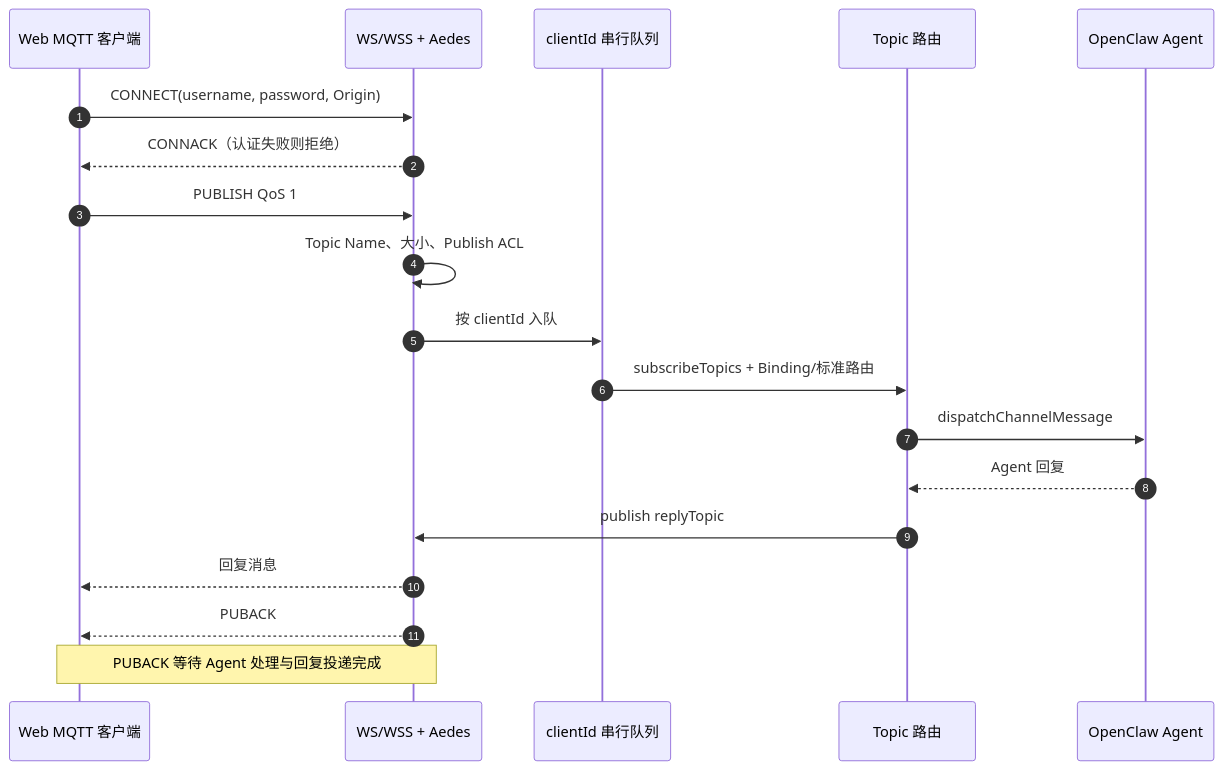
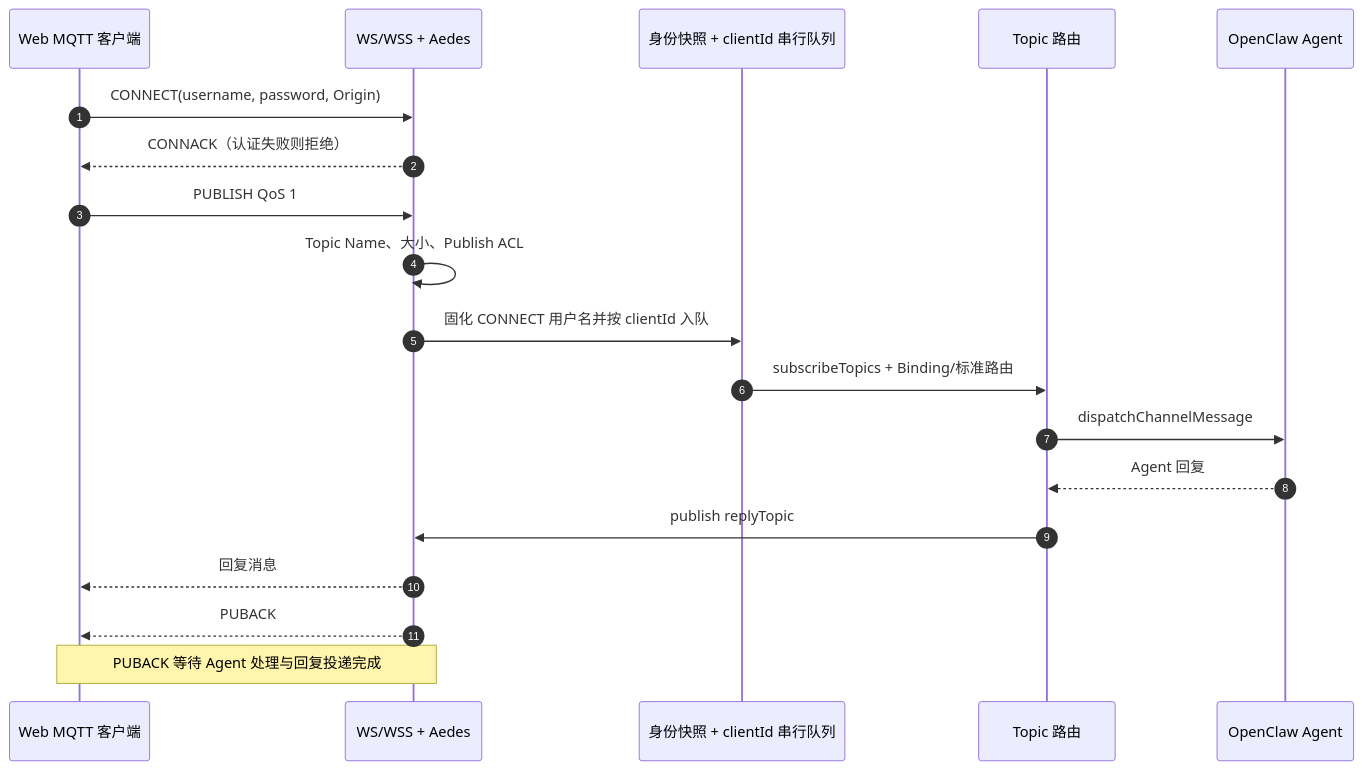
One commit to partme-ai/openclaw-plugins changed the second of 3 diagrams in extensions/web-mqtt/README.zh-CN.md. Above: the diagram before and after it, drawn with Mermaid. The commit also changed other lines of this file and 23 other files, not shown here.

````diff
--- a/extensions/web-mqtt/README.zh-CN.md
+++ b/extensions/web-mqtt/README.zh-CN.md
@@ -98,22 +99,22 @@
 ```mermaid
 sequenceDiagram
     autonumber
     participant C as Web MQTT 客户端
     participant B as WS/WSS + Aedes
-    participant Q as clientId 串行队列
+    participant Q as 身份快照 + clientId 串行队列
     participant R as Topic 路由
     participant O as OpenClaw Agent
 
     C->>B: CONNECT(username, password, Origin)
     B-->>C: CONNACK（认证失败则拒绝）
     C->>B: PUBLISH QoS 1
     B->>B: Topic Name、大小、Publish ACL
-    B->>Q: 按 clientId 入队
+    B->>Q: 固化 CONNECT 用户名并按 clientId 入队
     Q->>R: subscribeTopics + Binding/标准路由
     R->>O: dispatchChannelMessage
     O-->>R: Agent 回复
     R->>B: publish replyTopic
     B-->>C: 回复消息
     B-->>C: PUBACK
     Note over B,C: PUBACK 等待 Agent 处理与回复投递完成
 ```
````
